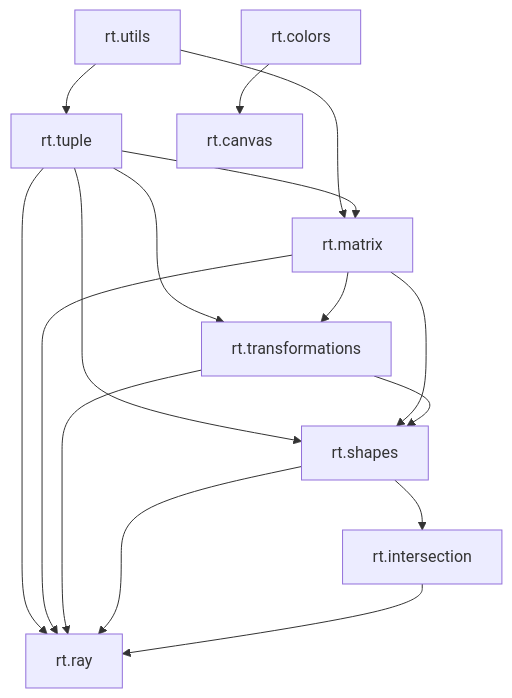
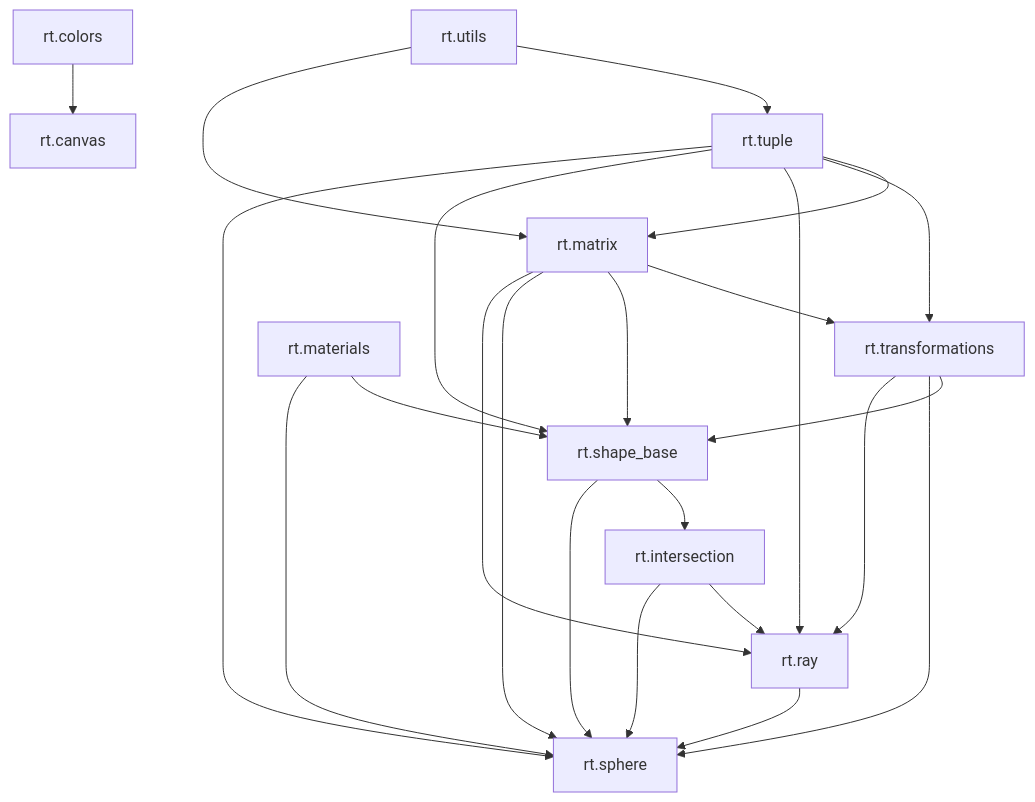
One commit to alessandrogpz/ray-tracer changed the diagram in documentation/references/C++Architecture.md. Above: the diagram before and after it, drawn with Mermaid. The commit also changed other lines of this file and 19 other files, not shown here.

First line of the commit message:
refactor: implement shape polymorphism with ShapeBase and Sphere

````diff
--- a/documentation/references/C++Architecture.md
+++ b/documentation/references/C++Architecture.md
@@ -30,24 +31,33 @@
 ```mermaid
 graph TD
     Utils[rt.utils] --> Tuple[rt.tuple]
     Utils --> Matrix[rt.matrix]
     
     Tuple --> Matrix
     Tuple --> Transformations[rt.transformations]
     Tuple --> Ray[rt.ray]
-    Tuple --> Shapes[rt.shapes]
+    Tuple --> ShapeBase[rt.shape_base]
+    Tuple --> Sphere[rt.sphere]
     
     Matrix --> Transformations
-    Matrix --> Shapes
+    Matrix --> ShapeBase
+    Matrix --> Sphere
     Matrix --> Ray
     
-    Transformations --> Shapes
+    Transformations --> ShapeBase
+    Transformations --> Sphere
     Transformations --> Ray
+    
+    Materials[rt.materials] --> ShapeBase
+    Materials --> Sphere
     
     Colors[rt.colors] --> Canvas[rt.canvas]
     
-    Shapes --> Intersection[rt.intersection]
-    Shapes --> Ray
+    ShapeBase --> Intersection[rt.intersection]
+    ShapeBase --> Sphere
     
     Intersection --> Ray
+    Intersection --> Sphere
+    
+    Ray --> Sphere
 ```
````
